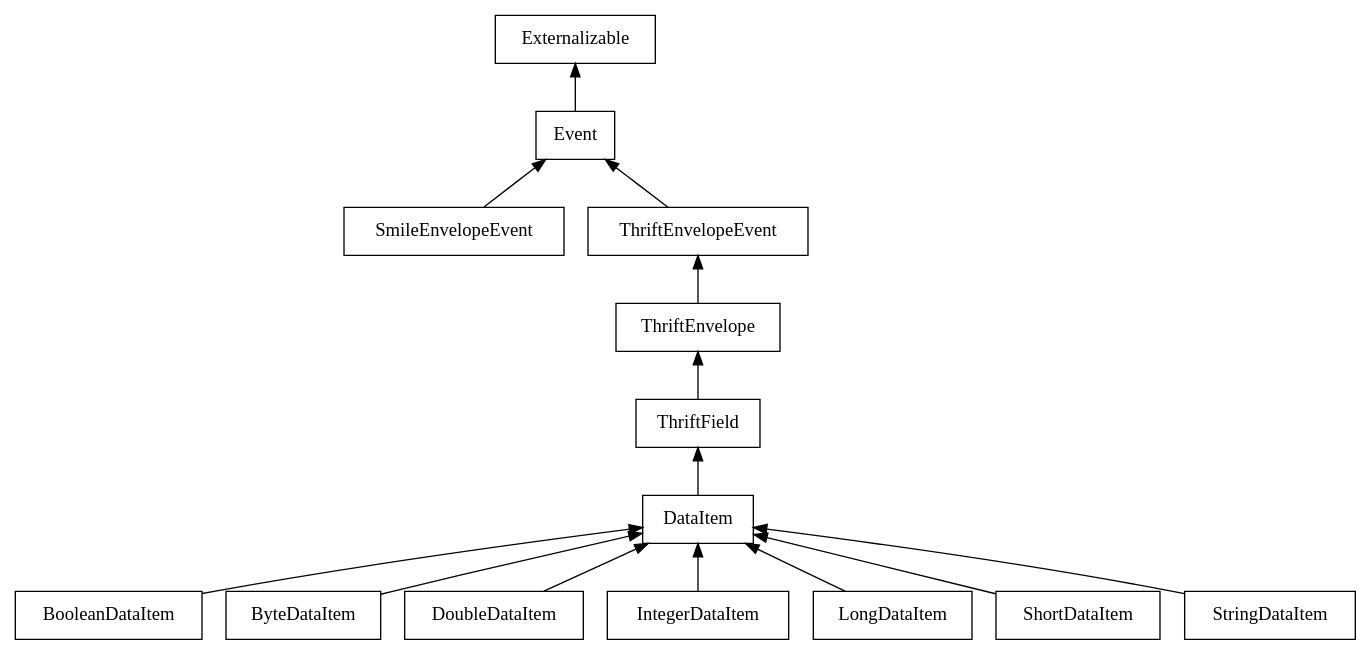
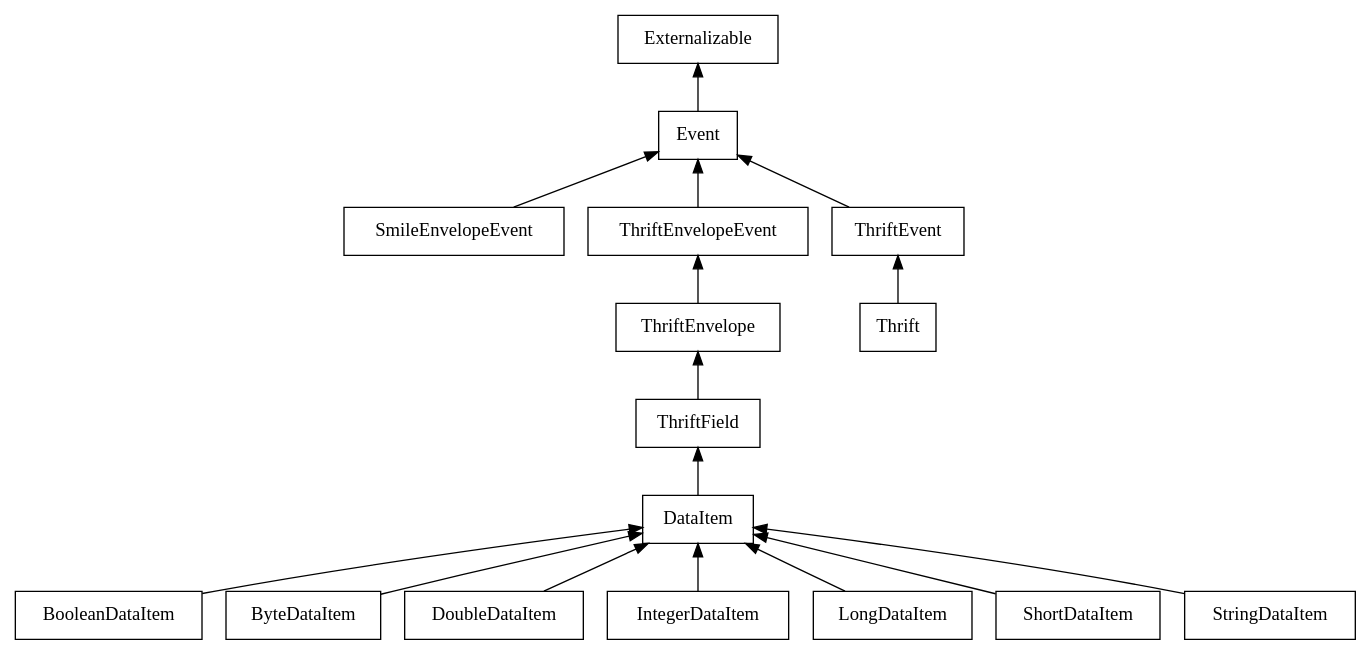
One commit to pierre/dwarf changed the diagram in resources/serialization_event.dot. Above: the diagram before and after it, drawn with Graphviz. The commit also changed 8 other files, not shown here.

```diff
--- a/resources/serialization_event.dot
+++ b/resources/serialization_event.dot
@@ -1,17 +1,19 @@
 digraph G {
     rankdir = BT
     node [shape = "box"]
 
     subgraph Event {
         SmileEnvelopeEvent -> Event -> Externalizable
         DataItem -> ThriftField -> ThriftEnvelope -> ThriftEnvelopeEvent -> Event
 
         BooleanDataItem -> DataItem
         ByteDataItem -> DataItem
         DoubleDataItem -> DataItem
         IntegerDataItem -> DataItem
         LongDataItem -> DataItem
         ShortDataItem -> DataItem
         StringDataItem -> DataItem
     }
+    
+    Thrift -> ThriftEvent -> Event
 }
```
